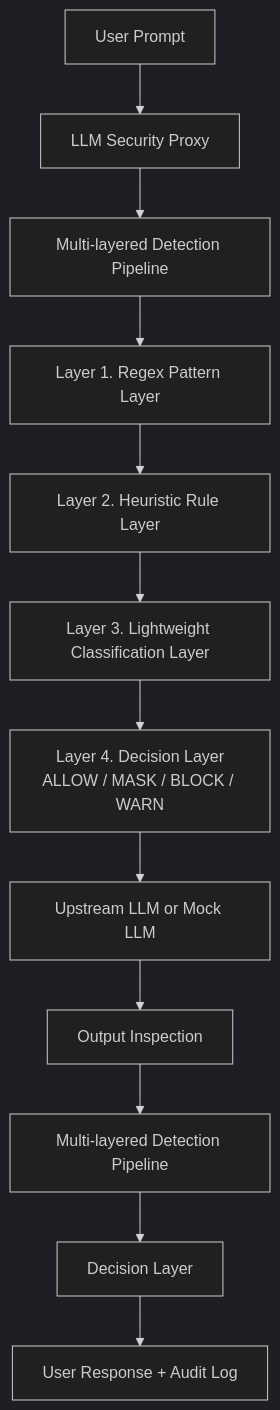
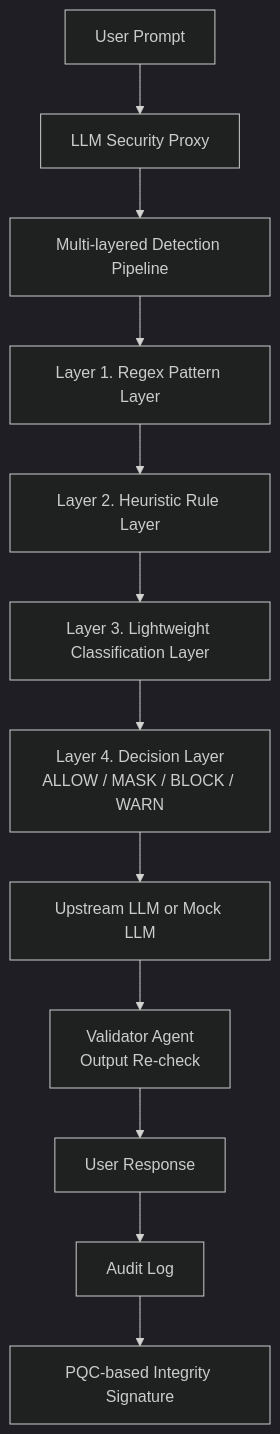
Before and after one commit to treasonking/Capstone_Design: the diagram in README.md, drawn with Mermaid (dark theme). The commit also changed other lines of this file and 23 other files, not shown here.

Commit message:
feat: add validator audit integrity flow

````diff
--- a/README.md
+++ b/README.md
@@ -45,14 +77,14 @@
 ```mermaid
 flowchart TD
     U["User Prompt"] --> P["LLM Security Proxy"]
     P --> D["Multi-layered Detection Pipeline"]
     D --> R["Layer 1. Regex Pattern Layer"]
     R --> B["Layer 2. Heuristic Rule Layer"]
     B --> M["Layer 3. Lightweight Classification Layer"]
     M --> E["Layer 4. Decision Layer<br/>ALLOW / MASK / BLOCK / WARN"]
     E --> L["Upstream LLM or Mock LLM"]
-    L --> O["Output Inspection"]
-    O --> R2["Multi-layered Detection Pipeline"]
-    R2 --> E2["Decision Layer"]
-    E2 --> A["User Response + Audit Log"]
+    L --> V["Validator Agent<br/>Output Re-check"]
+    V --> A["User Response"]
+    A --> G["Audit Log"]
+    G --> S["PQC-based Integrity Signature"]
 ```
````
